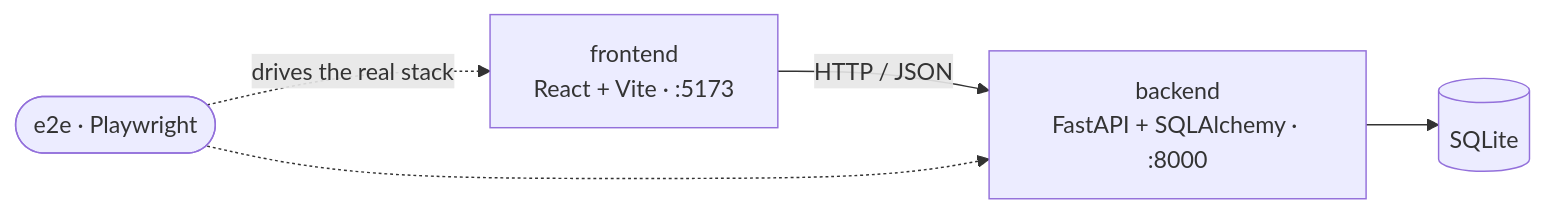
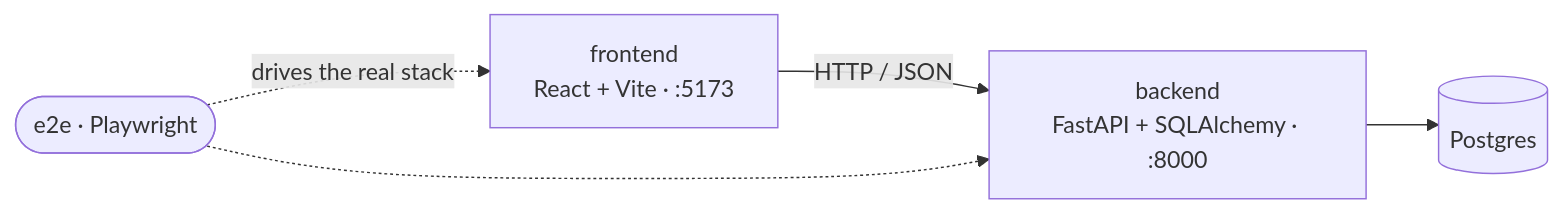
Before and after one commit to antoniomf97/fintracker: the first of 2 diagrams in ARCHITECTURE.md, drawn with Mermaid. The commit also changed other lines of this file and 6 other files, not shown here.

````diff
--- a/ARCHITECTURE.md
+++ b/ARCHITECTURE.md
@@ -7,12 +7,12 @@
 ```mermaid
 flowchart LR
     fe["frontend<br/>React + Vite · :5173"]
     be["backend<br/>FastAPI + SQLAlchemy · :8000"]
-    db[("SQLite")]
+    db[("Postgres")]
     e2e(["e2e · Playwright"])
 
     fe -- "HTTP / JSON" --> be
     be --> db
     e2e -. "drives the real stack" .-> fe
     e2e -.-> be
 ```
````
